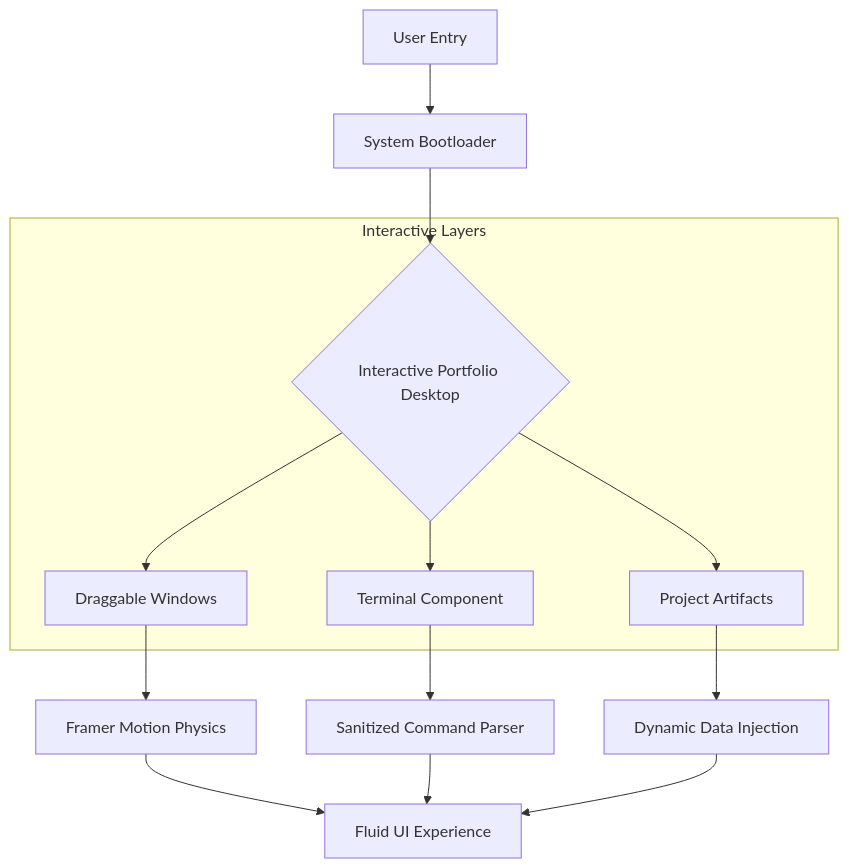
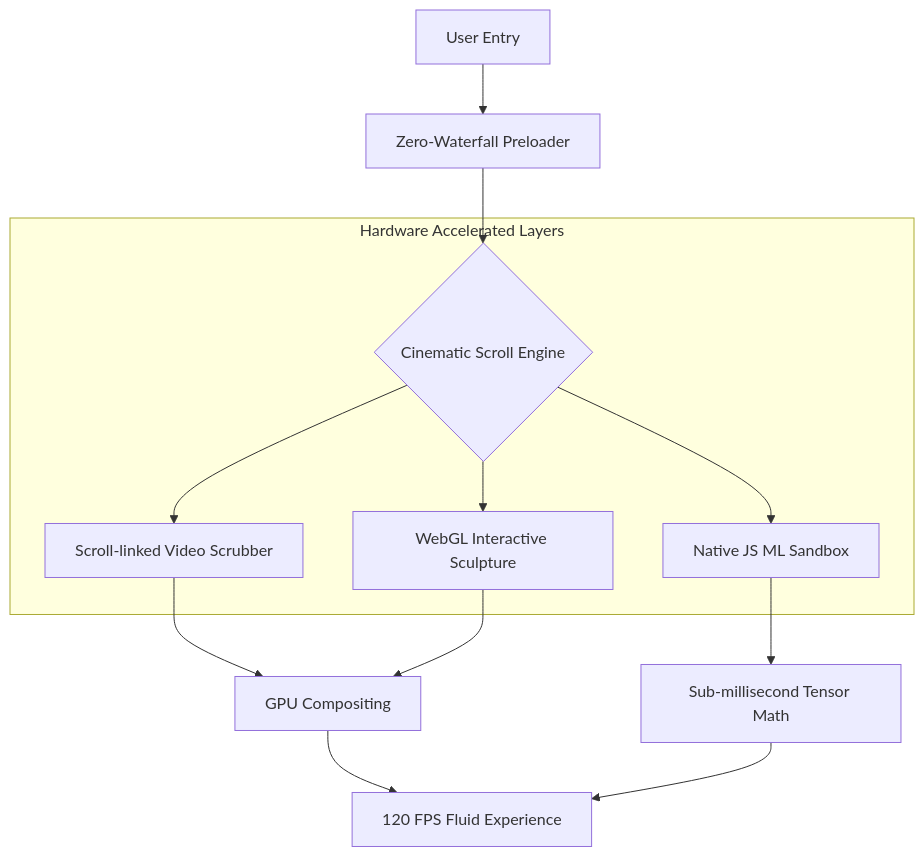
Before and after one commit to fs0cietyx/mainak-studio-v2: the diagram in README.md, drawn with Mermaid. The commit also changed other lines of this file and 39 other files, not shown here.

Commit message:
feat(performance): implement hardware acceleration, cinematic scroll tuning, native CNN, and WebGL optimizations

````diff
--- a/README.md
+++ b/README.md
@@ -50,16 +56,15 @@
 ```mermaid
 graph TD
-    A[User Entry] --> B[System Bootloader]
-    B --> C{Interactive Portfolio Desktop}
-    subgraph "Interactive Layers"
-    C --> D[Draggable Windows]
-    C --> E[Terminal Component]
-    C --> F[Project Artifacts]
+    A[User Entry] --> B[Zero-Waterfall Preloader]
+    B --> C{Cinematic Scroll Engine}
+    subgraph "Hardware Accelerated Layers"
+    C --> D[Scroll-linked Video Scrubber]
+    C --> E[WebGL Interactive Sculpture]
+    C --> F[Native JS ML Sandbox]
     end
-    D --> G[Framer Motion Physics]
-    E --> H[Sanitized Command Parser]
-    F --> I[Dynamic Data Injection]
-    G --> J[Fluid UI Experience]
-    H --> J
-    I --> J
+    D --> G[GPU Compositing]
+    E --> G
+    F --> H[Sub-millisecond Tensor Math]
+    G --> I[120 FPS Fluid Experience]
+    H --> I
 ```
````
